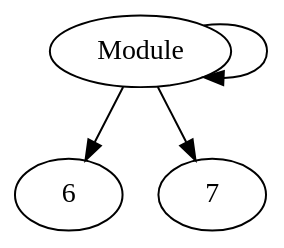
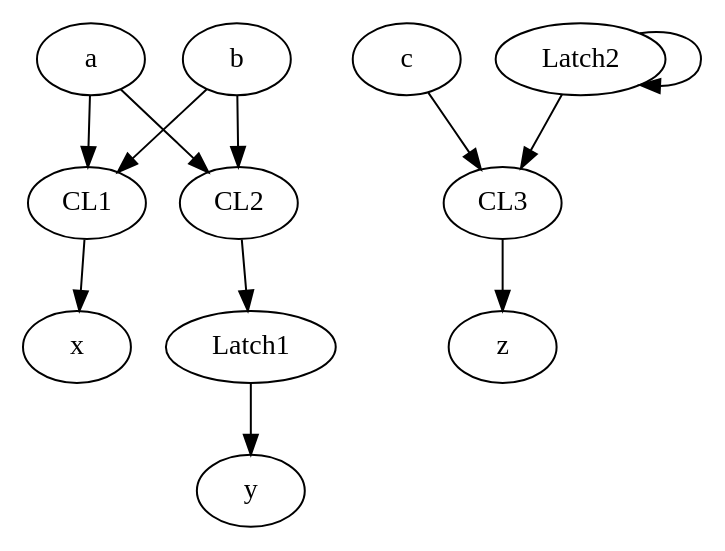
The diagram in temp.dot (Jemima/ths), drawn with Graphviz before and after one commit. The commit also changed 12 other files, not shown here.

```diff
--- a/temp.dot
+++ b/temp.dot
@@ -1,8 +1,10 @@
 digraph G{
-   bgcolor="transparent"
-    Module;
-    Module;
-    Module -> Module;
-    Module -> 6;
-    Module -> 7;
+   bgcolor=""
+    a -> CL1 -> x;
+    a -> CL2 -> Latch1 -> y;
+    b -> CL1;
+    b -> CL2;
+    c -> CL3 -> z;
+    Latch2 -> Latch2;
+    Latch2 -> CL3
 }
```
